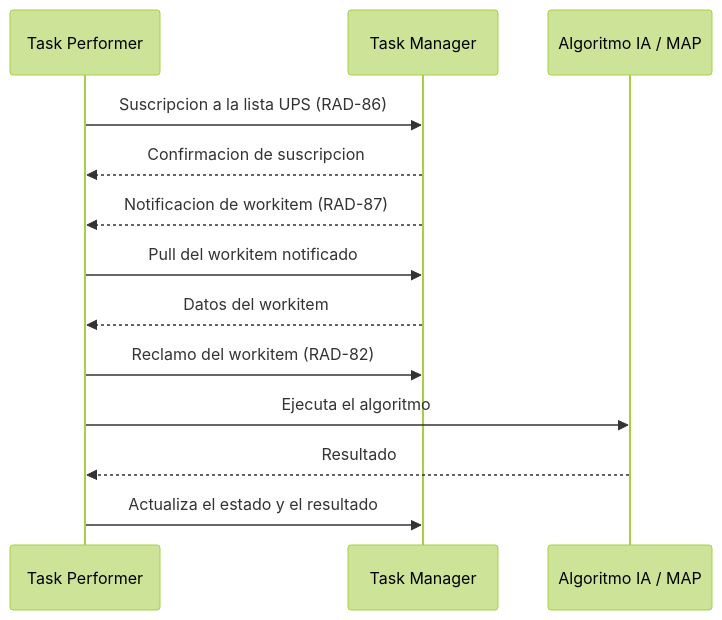
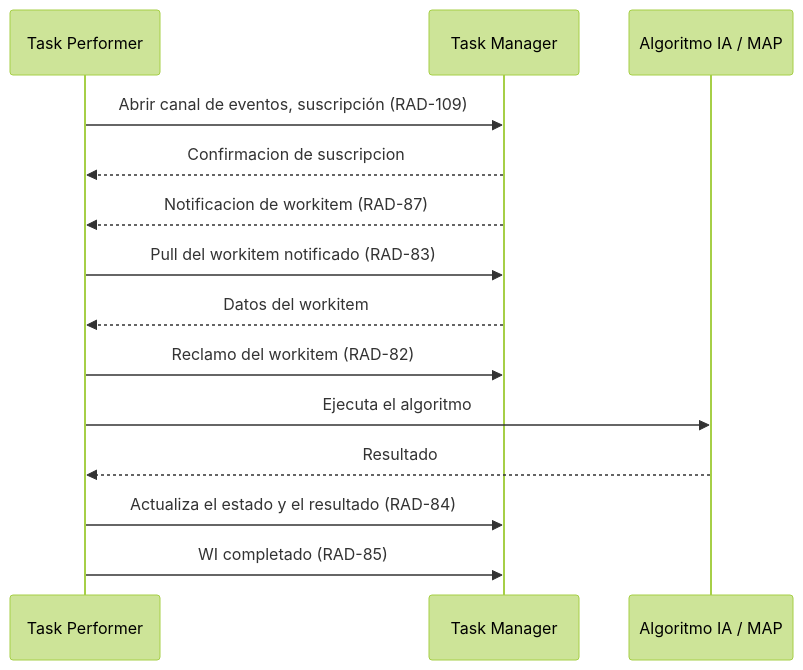
Before and after one commit to ASS-MUIT/IntegralSkin: the diagram in TaskPerformer/task-performer/README.md, drawn with Mermaid (forest theme).

Commit message:
revisión esquema IHE-AIW-I

````diff
--- a/TaskPerformer/task-performer/README.md
+++ b/TaskPerformer/task-performer/README.md
@@ -11,16 +11,17 @@
 ```mermaid
 sequenceDiagram
 	participant TP as Task Performer
 	participant TM as Task Manager
 	participant MAP as Algoritmo IA / MAP
 
-	TP->>TM: Suscripcion a la lista UPS (RAD-86)
+	TP->>TM: Abrir canal de eventos, suscripción (RAD-109)
 	TM-->>TP: Confirmacion de suscripcion
 	TM-->>TP: Notificacion de workitem (RAD-87)
-	TP->>TM: Pull del workitem notificado
+	TP->>TM: Pull del workitem notificado (RAD-83)
 	TM-->>TP: Datos del workitem
 	TP->>TM: Reclamo del workitem (RAD-82)
 	TP->>MAP: Ejecuta el algoritmo
 	MAP-->>TP: Resultado
-	TP->>TM: Actualiza el estado y el resultado
+	TP->>TM: Actualiza el estado y el resultado (RAD-84)
+	TP->>TM: WI completado (RAD-85)
 ```
````
